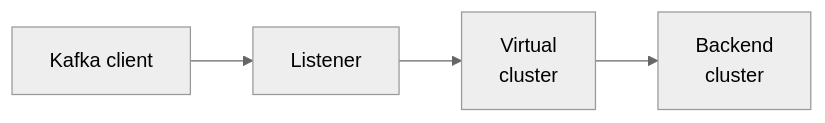
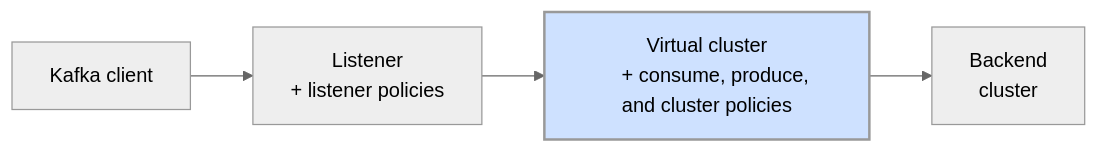
One commit to Kong/developer.konghq.com changed the diagram in app/event-gateway/entities/virtual-clusters.md. Above: the diagram before and after it, drawn with Mermaid (neutral theme). The commit also changed other lines of this file, not shown here.

```diff
--- a/app/event-gateway/entities/virtual-clusters.md
+++ b/app/event-gateway/entities/virtual-clusters.md
@@ -50,8 +50,11 @@
 {% mermaid %}
 flowchart LR
-    A[Kafka client] --> B[Listener]
-    B --> C[Virtual 
-    cluster]
+    A[Kafka client] --> B[Listener
+    + listener policies]
+    B --> C[Virtual cluster
+    + consume, produce, and cluster policies]
     C --> D[Backend 
     cluster]
+
+    style C fill:#cee1ff,stroke-width:2px
 {% endmermaid %}
```
